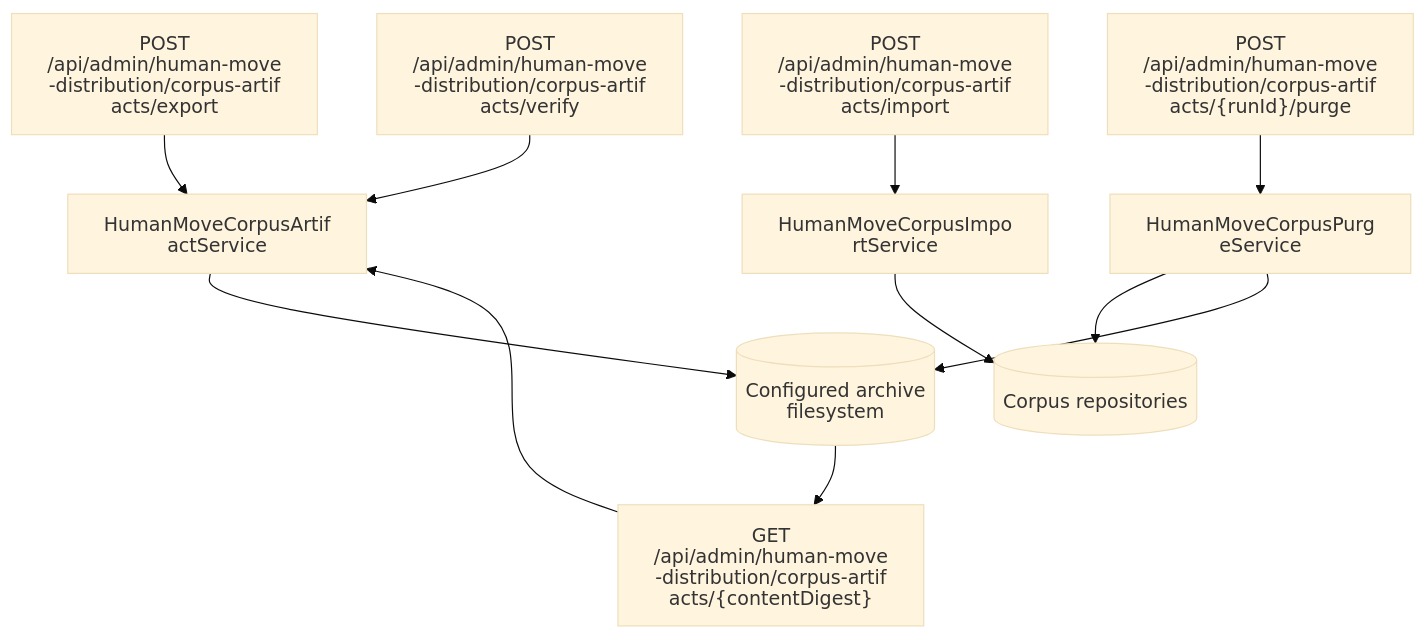
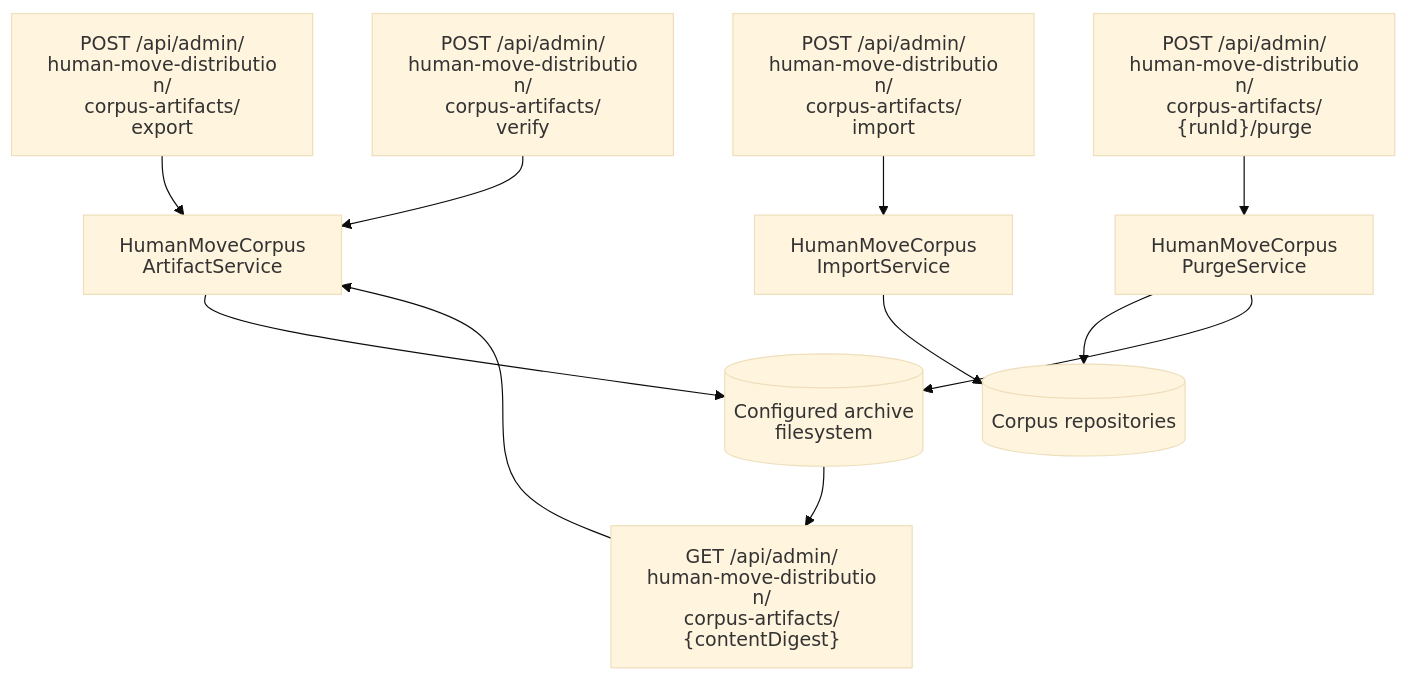
Before and after one commit to NathanZK/ChessEcho: diagram 11 of 11 in docs/architecture/backend-architecture.md, drawn with Mermaid (base theme). The commit also changed other lines of this file and 13 other files, not shown here.

Commit message:
docs(architecture): reconcile ChessProbe documentation architecture, system topology, API contract, and testing specifications (#785)

````diff
--- a/docs/architecture/backend-architecture.md
+++ b/docs/architecture/backend-architecture.md
@@ -300,14 +399,14 @@
 ```mermaid
 %%{init: {"htmlLabels": false, "flowchart": {"htmlLabels": false}}}%%
 flowchart TB
-    Export[POST /api/admin/human-move-distribution/corpus-artifacts/export] --> ArtifactService[HumanMoveCorpusArtifactService]
-    Download["GET /api/admin/human-move-distribution/corpus-artifacts/{contentDigest}"] --> ArtifactService
-    Verify[POST /api/admin/human-move-distribution/corpus-artifacts/verify] --> ArtifactService
-    Import[POST /api/admin/human-move-distribution/corpus-artifacts/import] --> ImportService[HumanMoveCorpusImportService]
-    Purge["POST /api/admin/human-move-distribution/corpus-artifacts/{runId}/purge"] --> PurgeService[HumanMoveCorpusPurgeService]
-    ArtifactService --> Files[(Configured archive filesystem)]
+    Export["POST /api/admin/<br/>human-move-distribution/<br/>corpus-artifacts/<br/>export"] --> ArtifactService["HumanMoveCorpus<br/>ArtifactService"]
+    Download["GET /api/admin/<br/>human-move-distribution/<br/>corpus-artifacts/<br/>{contentDigest}"] --> ArtifactService
+    Verify["POST /api/admin/<br/>human-move-distribution/<br/>corpus-artifacts/<br/>verify"] --> ArtifactService
+    Import["POST /api/admin/<br/>human-move-distribution/<br/>corpus-artifacts/<br/>import"] --> ImportService["HumanMoveCorpus<br/>ImportService"]
+    Purge["POST /api/admin/<br/>human-move-distribution/<br/>corpus-artifacts/<br/>{runId}/purge"] --> PurgeService["HumanMoveCorpus<br/>PurgeService"]
+    ArtifactService --> Files[("Configured archive<br/>filesystem")]
     ImportService --> Corpus[(Corpus repositories)]
     PurgeService --> Corpus
     PurgeService --> Files
     Files --> Download
 ```
````
